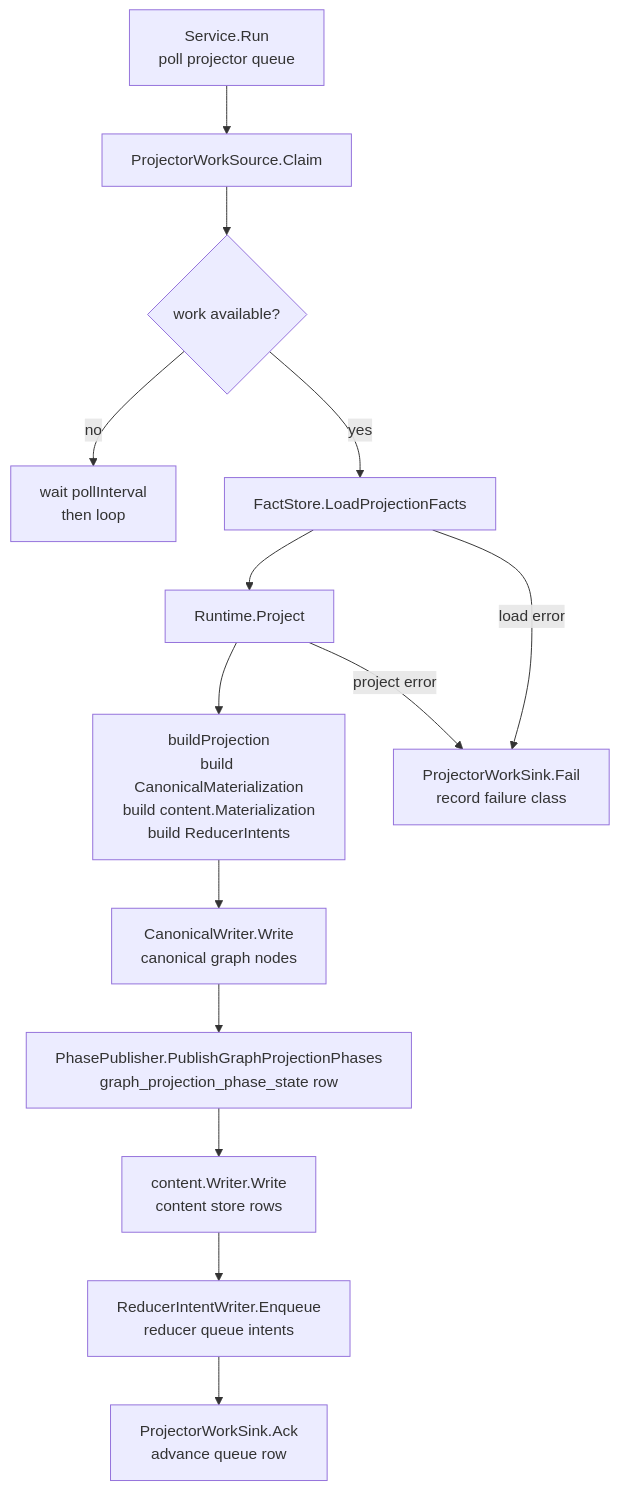
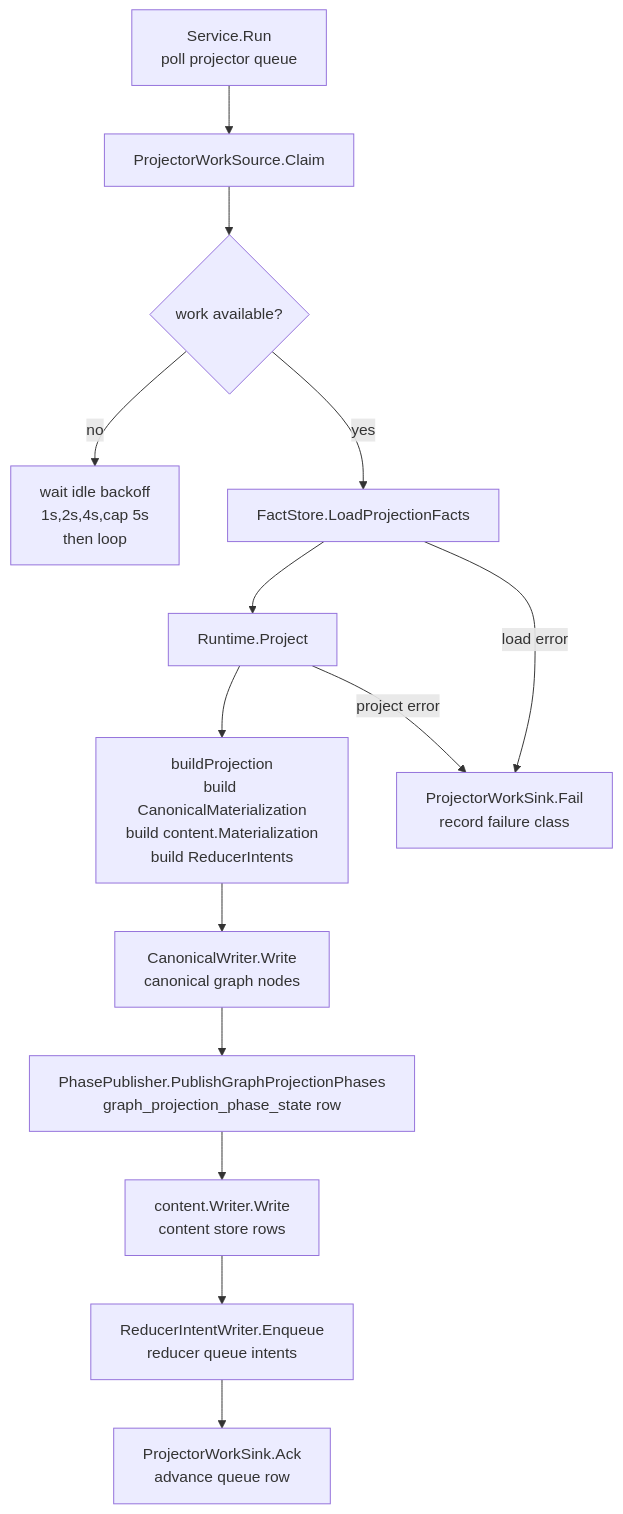
Before and after one commit to eshu-hq/eshu: the second of 2 diagrams in go/internal/projector/README.md, drawn with Mermaid. The commit also changed other lines of this file and 6 other files, not shown here.

First line of the commit message:
feat(10869): back off idle projector polls exponentially to 5s cap

````diff
--- a/go/internal/projector/README.md
+++ b/go/internal/projector/README.md
@@ -59,16 +59,16 @@
 ```mermaid
 flowchart TB
   A["Service.Run\npoll projector queue"] --> B["ProjectorWorkSource.Claim"]
   B --> C{"work available?"}
-  C -- no --> D["wait pollInterval\nthen loop"]
+  C -- no --> D["wait idle backoff\n1s,2s,4s,cap 5s\nthen loop"]
   C -- yes --> E["FactStore.LoadProjectionFacts"]
   E --> F["Runtime.Project"]
   F --> G["buildProjection\nbuild CanonicalMaterialization\nbuild content.Materialization\nbuild ReducerIntents"]
   G --> H["CanonicalWriter.Write\ncanonical graph nodes"]
   H --> I["PhasePublisher.PublishGraphProjectionPhases\ngraph_projection_phase_state row"]
   I --> J["content.Writer.Write\ncontent store rows"]
   J --> K["ReducerIntentWriter.Enqueue\nreducer queue intents"]
   K --> L["ProjectorWorkSink.Ack\nadvance queue row"]
   E -- load error --> M["ProjectorWorkSink.Fail\nrecord failure class"]
   F -- project error --> M
 ```
````
